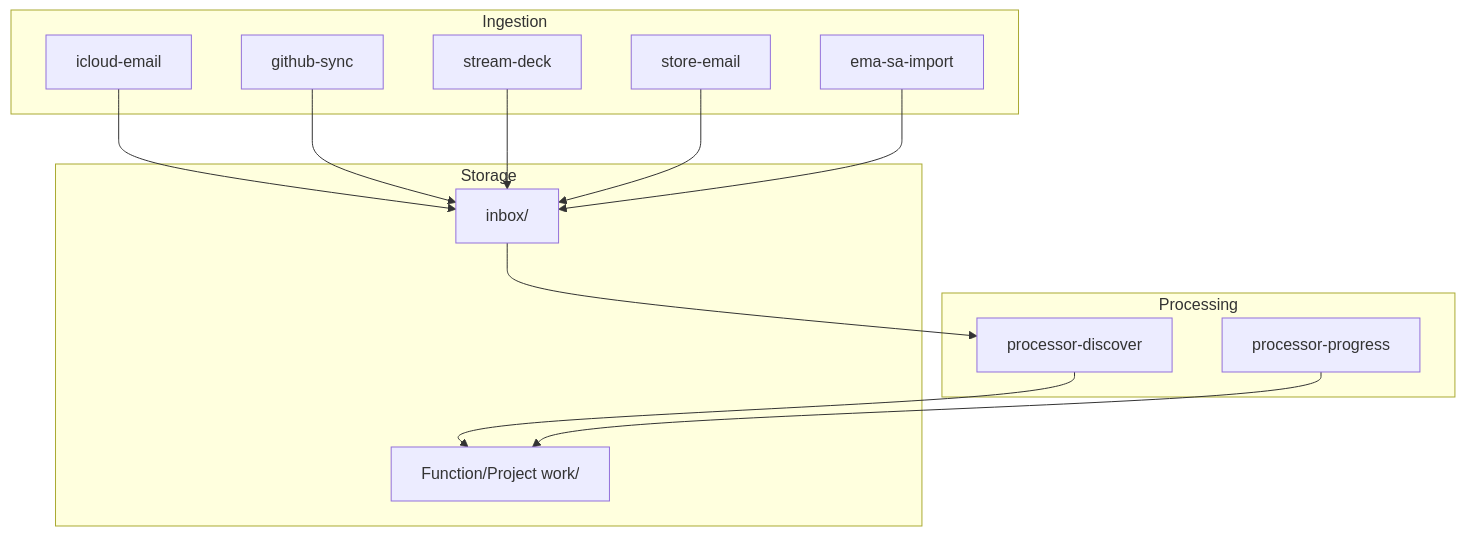
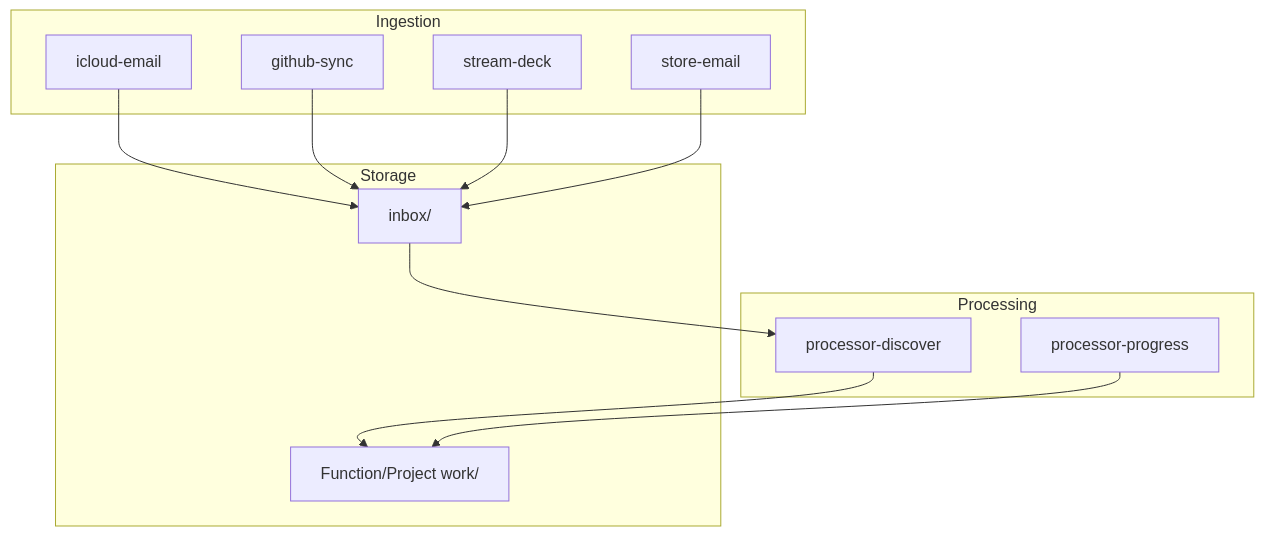
One commit to mgosal/5et.uk changed the third of 3 diagrams in dashboard.md. Above: the diagram before and after it, drawn with Mermaid. The commit also changed other lines of this file and 3 other files, not shown here.

````diff
--- a/dashboard.md
+++ b/dashboard.md
@@ -367,28 +366,26 @@
 ```mermaid
 flowchart TD
     subgraph Ingestion
         icloud[icloud-email]
         github[github-sync]
         stream[stream-deck]
         store[store-email]
-        ema_sa[ema-sa-import]
     end
     subgraph Processing
         discover[processor-discover]
         progress[processor-progress]
     end
     subgraph Storage
         inbox[inbox/]
         work[Function/Project work/]
     end
 
     icloud --> inbox
     github --> inbox
     stream --> inbox
     store --> inbox
-    ema_sa --> inbox
 
     inbox --> discover
     discover --> work
     progress --> work
 ```
````
